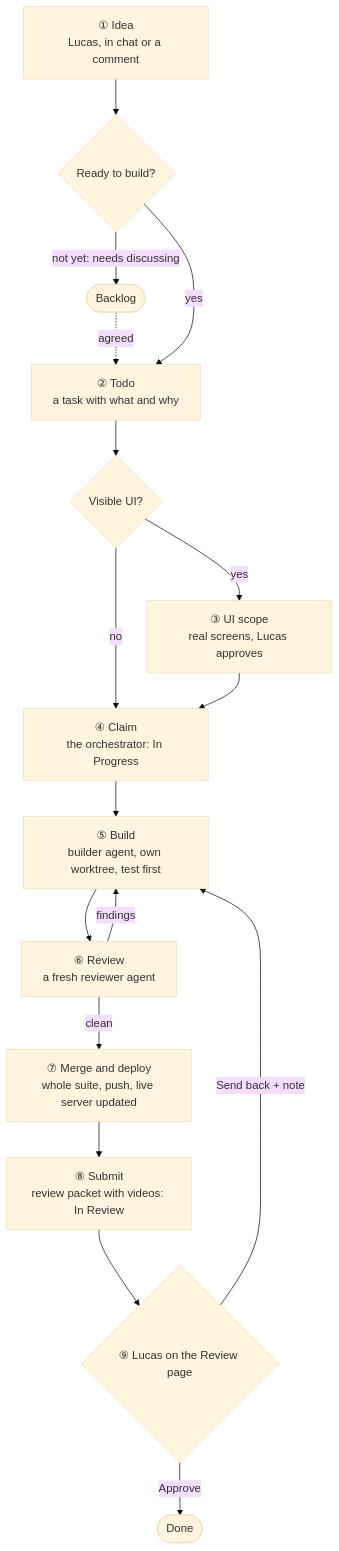
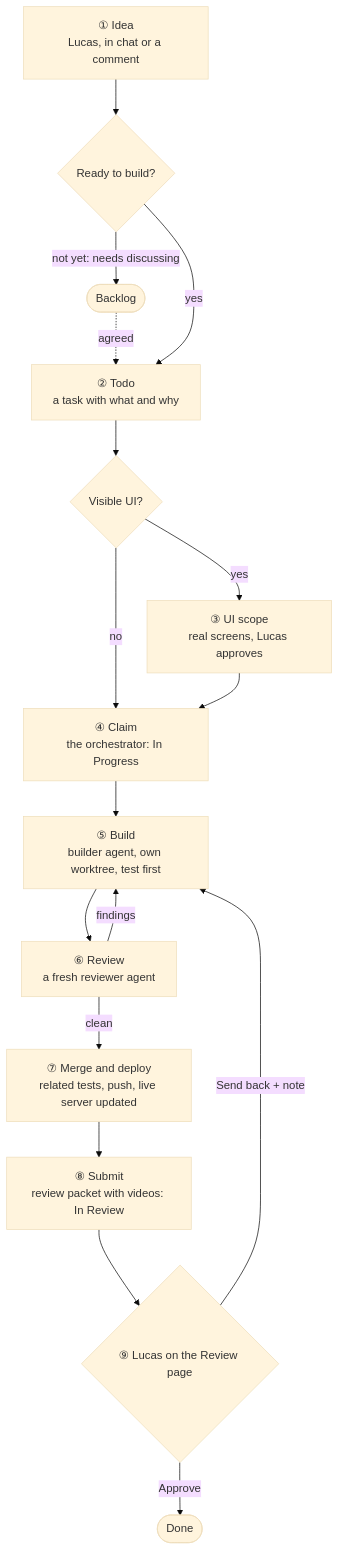
Before and after one commit to lnmunhoz/cello: the first of 4 diagrams in docs/feature-lifecycle.md, drawn with Mermaid (base theme). The commit also changed other lines of this file and 1 other file, not shown here.

Commit message:
docs: run only the e2e specs related to a change; full e2e suite only in set situations (CEL-125)

````diff
--- a/docs/feature-lifecycle.md
+++ b/docs/feature-lifecycle.md
@@ -10,19 +10,19 @@
 ```mermaid
 flowchart TD
     A["① Idea<br/>Lucas, in chat or a comment"] --> B{"Ready to build?"}
     B -->|"not yet: needs discussing"| BL(["Backlog"])
     BL -.->|"agreed"| T
     B -->|yes| T["② Todo<br/>a task with what and why"]
     T --> S{"Visible UI?"}
     S -->|yes| SC["③ UI scope<br/>real screens, Lucas approves"]
     S -->|no| C
     SC --> C["④ Claim<br/>the orchestrator: In Progress"]
     C --> BU["⑤ Build<br/>builder agent, own worktree, test first"]
     BU --> RV["⑥ Review<br/>a fresh reviewer agent"]
     RV -->|findings| BU
-    RV -->|clean| M["⑦ Merge and deploy<br/>whole suite, push, live server updated"]
+    RV -->|clean| M["⑦ Merge and deploy<br/>related tests, push, live server updated"]
     M --> P["⑧ Submit<br/>review packet with videos: In Review"]
     P --> L{"⑨ Lucas on the Review page"}
     L -->|Approve| D(["Done"])
     L -->|"Send back + note"| BU
 ```
````
